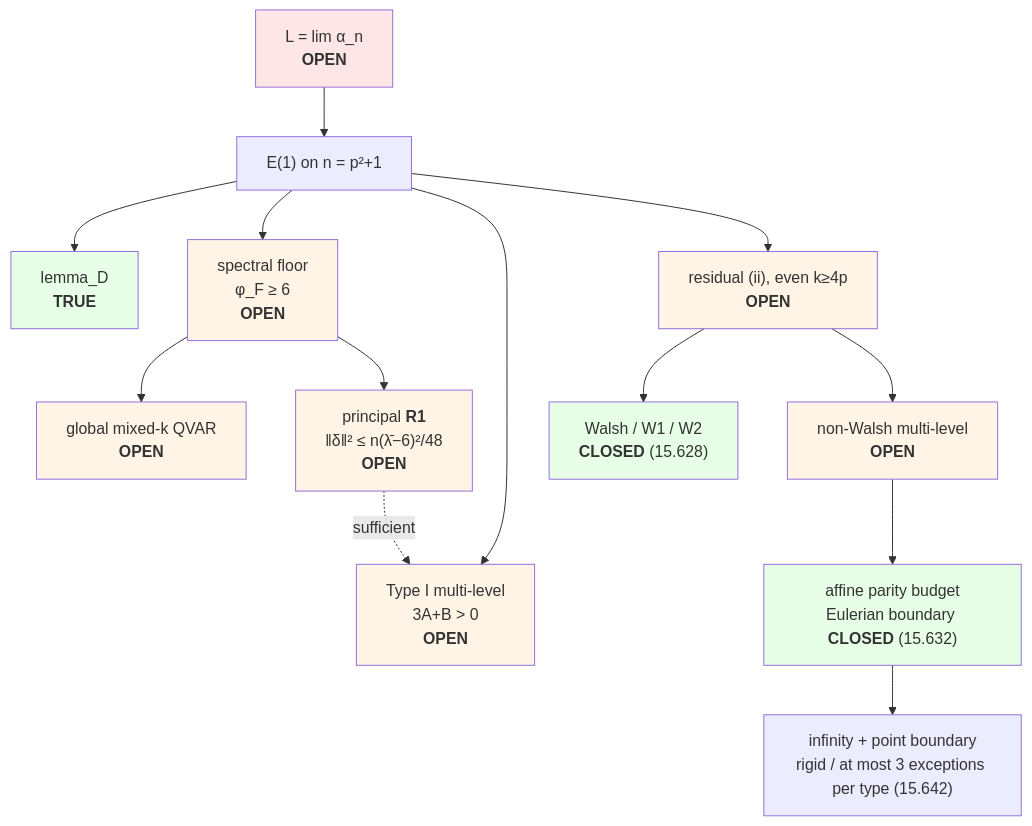
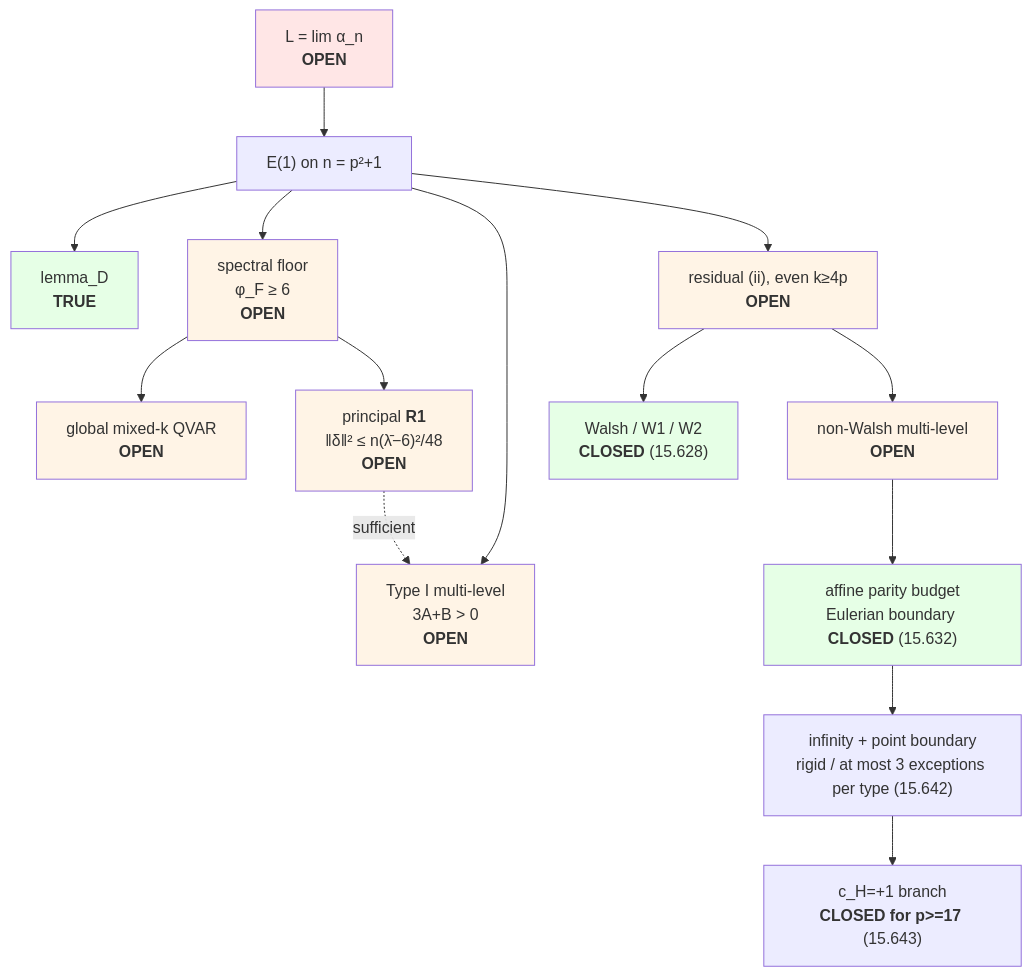
Before and after one commit to luckyseoul/quadratic-minmax-limit: the diagram in README.md, drawn with Mermaid. The commit also changed other lines of this file and 6 other files, not shown here.

````diff
--- a/README.md
+++ b/README.md
@@ -82,25 +86,26 @@
 ```mermaid
 graph TD
     L["L = lim α_n<br/><b>OPEN</b>"] --> E1["E(1) on n = p²+1"]
     E1 --> D["lemma_D<br/><b>TRUE</b>"]
     E1 --> FLOOR["spectral floor<br/>φ_F ≥ 6<br/><b>OPEN</b>"]
     FLOOR --> QVAR["global mixed-k QVAR<br/><b>OPEN</b>"]
     FLOOR --> R1["principal <b>R1</b><br/>‖δ‖² ≤ n(λ̄−6)²/48<br/><b>OPEN</b>"]
     E1 --> TYPEI["Type I multi-level<br/>3A+B > 0<br/><b>OPEN</b>"]
     R1 -. sufficient .-> TYPEI
     E1 --> RES["residual (ii), even k≥4p<br/><b>OPEN</b>"]
     RES --> WALSH["Walsh / W1 / W2<br/><b>CLOSED</b> (15.628)"]
     RES --> MULTI["non-Walsh multi-level<br/><b>OPEN</b>"]
     MULTI --> BUDGET["affine parity budget<br/>Eulerian boundary <b>CLOSED</b> (15.632)"]
     BUDGET --> RIGID["infinity + point boundary<br/>rigid / at most 3 exceptions per type (15.642)"]
+    RIGID --> POSKILL["c_H=+1 branch<br/><b>CLOSED for p>=17</b> (15.643)"]
     style L fill:#ffe6e6
     style D fill:#e6ffe6
     style FLOOR fill:#fff4e6
     style QVAR fill:#fff4e6
     style R1 fill:#fff4e6
     style TYPEI fill:#fff4e6
     style RES fill:#fff4e6
     style WALSH fill:#e6ffe6
     style MULTI fill:#fff4e6
     style BUDGET fill:#e6ffe6
 ```
````
